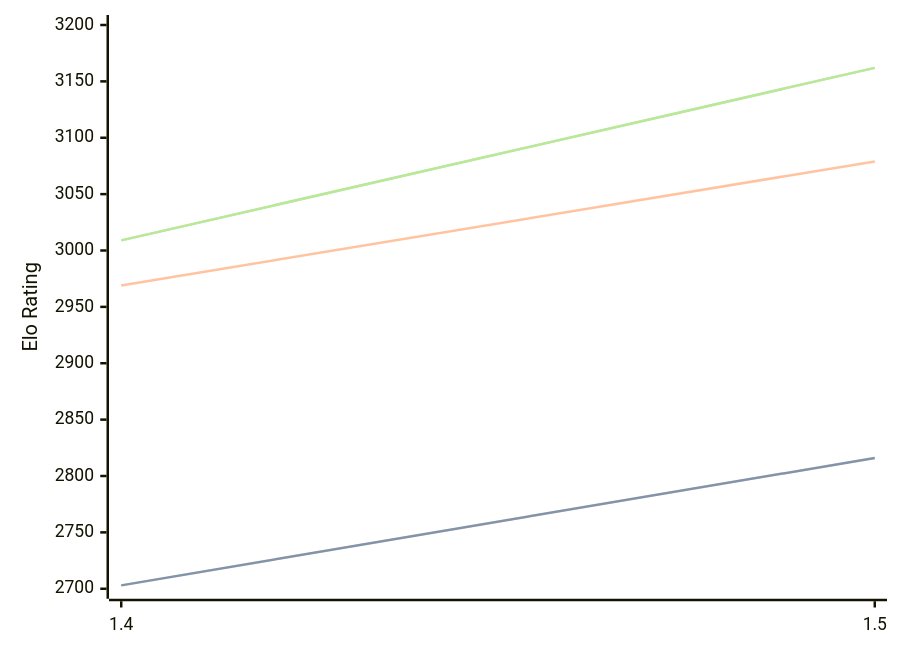
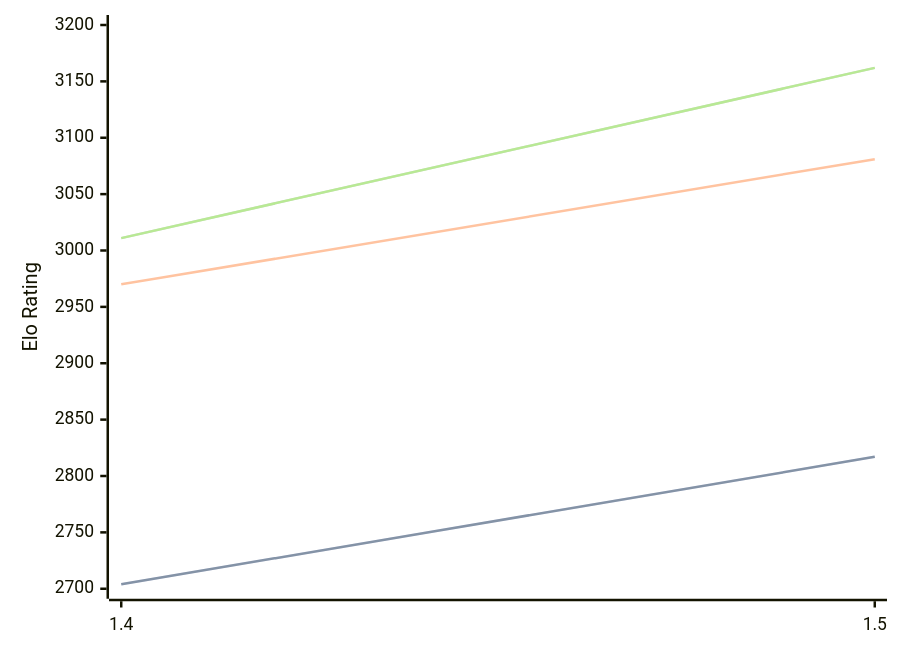
Before and after one commit to computer-chess-index/cci: the diagram in engines/Yakka.md, drawn with Mermaid. The commit also changed other lines of this file, not shown here.

Commit message:
Update CCI Ratings (ELO VLTC) - 2026-05-16

````diff
--- a/engines/Yakka.md
+++ b/engines/Yakka.md
@@ -36,11 +36,11 @@
 ```mermaid
 %%{init: {"theme":"base","themeVariables":{"seriesColors:['#a3a3a3','#222221','#faa371']}}}%%
 xychart-beta
   x-axis ["1.4", "1.5"]
   y-axis "Elo Rating" 2700 --> 3200
-  line "STC (8.0+0.08s)" [2703, 2816]
-  line "STC (8.0+0.08s)" [2703, 2816]
-  line "LTC (60.0+0.60s)" [2969, 3079]
-  line "VLTC (2m24s+1.12s)" [3009, 3162]
-  line "VLTC (2m24s+1.12s)" [3009, 3162]
+  line "STC (8.0+0.08s)" [2704, 2817]
+  line "STC (8.0+0.08s)" [2704, 2817]
+  line "LTC (60.0+0.60s)" [2970, 3081]
+  line "VLTC (2m24s+1.12s)" [3011, 3162]
+  line "VLTC (2m24s+1.12s)" [3011, 3162]
 ```
````
